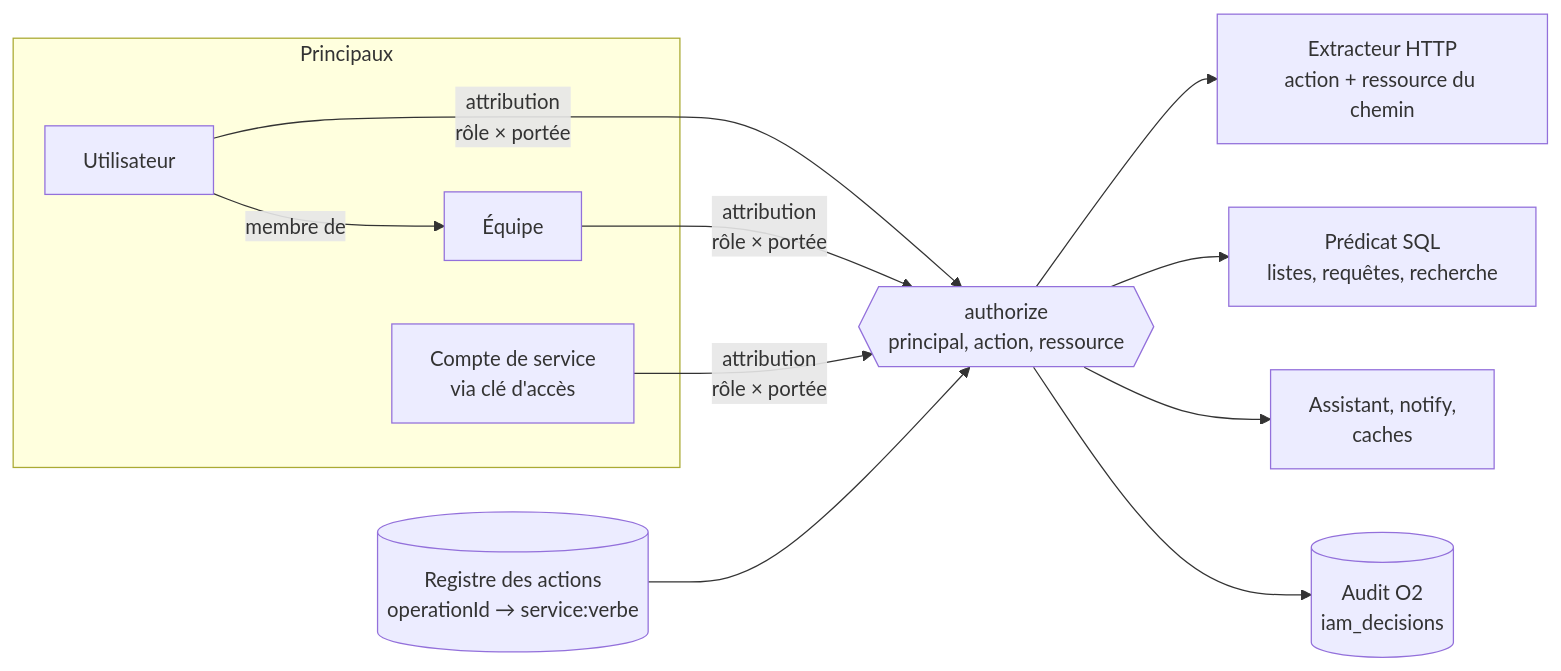
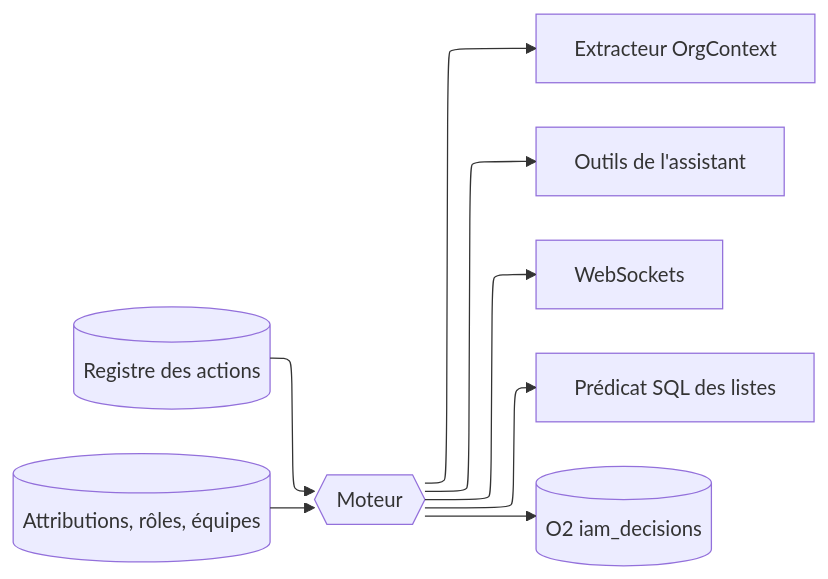
Before and after one commit to Pnex/pnex-rs: the second of 11 diagrams in docs/architecture/iam.md, drawn with Mermaid. The commit also changed other lines of this file, not shown here.

First line of the commit message:
docs(iam): rewrite iam in STE with diagrams

````diff
--- a/docs/architecture/iam.md
+++ b/docs/architecture/iam.md
@@ -75,15 +86,14 @@
 ```mermaid
+---
+config:
+  layout: elk
+---
 flowchart LR
-  subgraph Principaux
-    U[Utilisateur]
-    T[Équipe]
-    S[Compte de service<br/>via clé d'accès]
-  end
-  U -- membre de --> T
-  U & T & S -- attribution<br/>rôle × portée --> E{{authorize<br/>principal, action, ressource}}
-  R[(Registre des actions<br/>operationId → service:verbe)] --> E
-  E --> X[Extracteur HTTP<br/>action + ressource du chemin]
-  E --> F[Prédicat SQL<br/>listes, requêtes, recherche]
-  E --> A[Assistant, notify,<br/>caches]
-  E --> J[(Audit O2<br/>iam_decisions)]
+  reg[(Registre des actions)] --> eng{{Moteur}}
+  gr[(Attributions, rôles, équipes)] --> eng
+  eng --> ext[Extracteur OrgContext]
+  eng --> tools[Outils de l'assistant]
+  eng --> ws[WebSockets]
+  eng --> sql[Prédicat SQL des listes]
+  eng --> aud[(O2 iam_decisions)]
 ```
````
